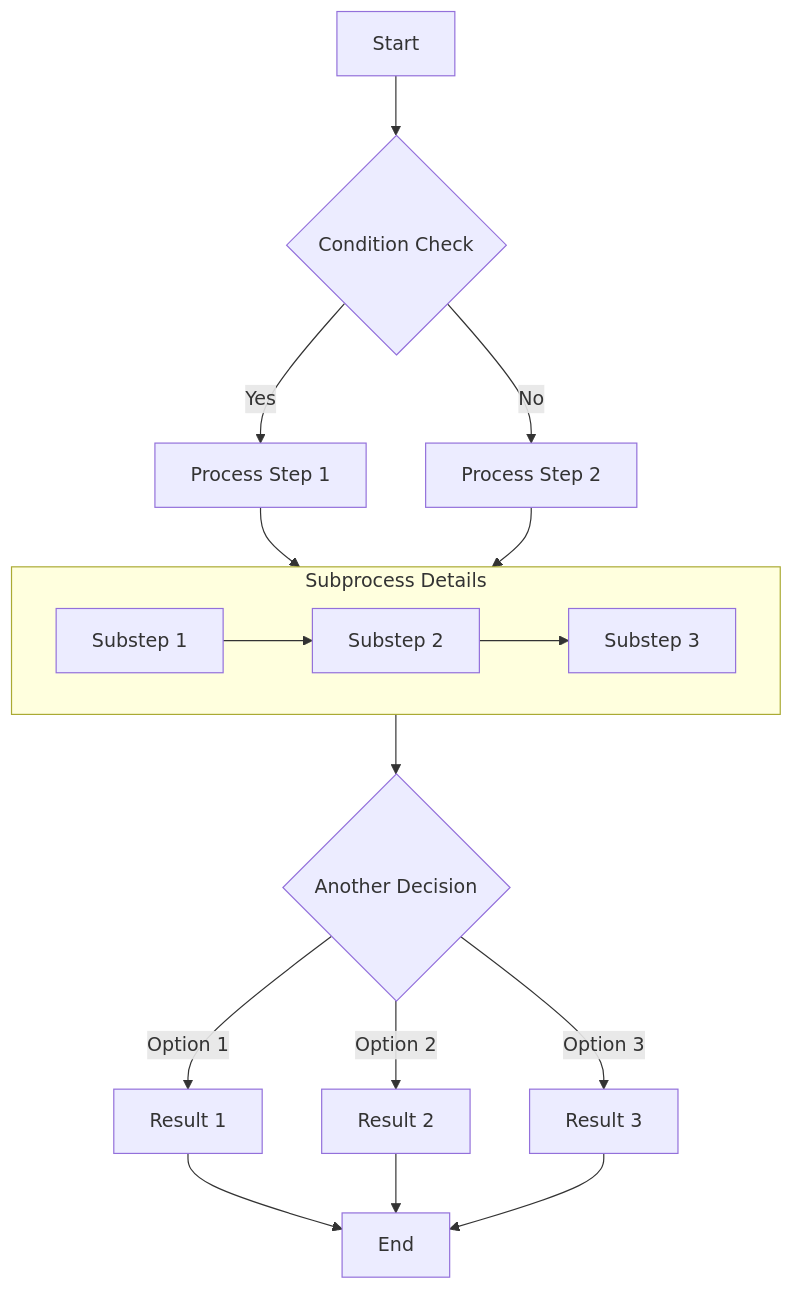
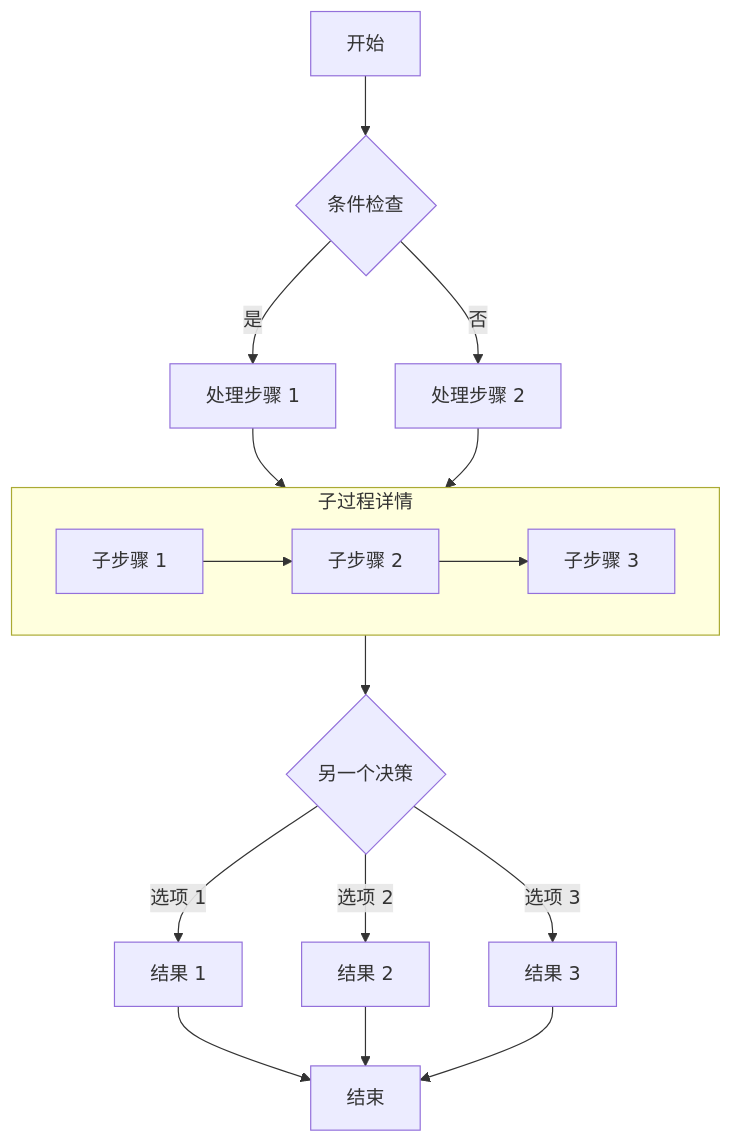
Before and after one commit to tb-miao/blog: the first of 6 diagrams in src/content/posts/markdown-mermaid.md, drawn with Mermaid. The commit also changed other lines of this file and 909 other files, not shown here.

````diff
--- a/src/content/posts/markdown-mermaid.md
+++ b/src/content/posts/markdown-mermaid.md
@@ -21,19 +21,19 @@
 ```mermaid
 graph TD
-    A[Start] --> B{Condition Check}
-    B -->|Yes| C[Process Step 1]
-    B -->|No| D[Process Step 2]
-    C --> E[Subprocess]
+    A[开始] --> B{条件检查}
+    B -->|是| C[处理步骤 1]
+    B -->|否| D[处理步骤 2]
+    C --> E[子过程]
     D --> E
-    subgraph E [Subprocess Details]
-        E1[Substep 1] --> E2[Substep 2]
-        E2 --> E3[Substep 3]
+    subgraph E [子过程详情]
+        E1[子步骤 1] --> E2[子步骤 2]
+        E2 --> E3[子步骤 3]
     end
-    E --> F{Another Decision}
-    F -->|Option 1| G[Result 1]
-    F -->|Option 2| H[Result 2]
-    F -->|Option 3| I[Result 3]
-    G --> J[End]
+    E --> F{另一个决策}
+    F -->|选项 1| G[结果 1]
+    F -->|选项 2| H[结果 2]
+    F -->|选项 3| I[结果 3]
+    G --> J[结束]
     H --> J
     I --> J
 ```
````
